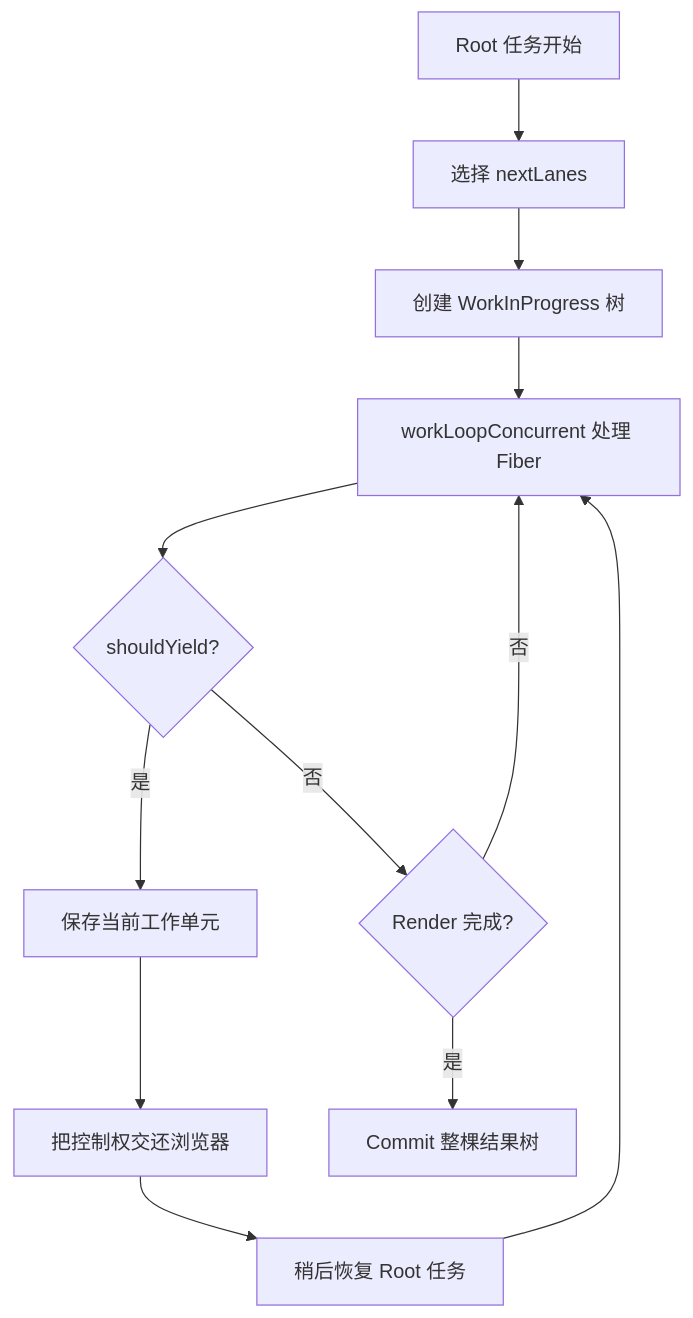
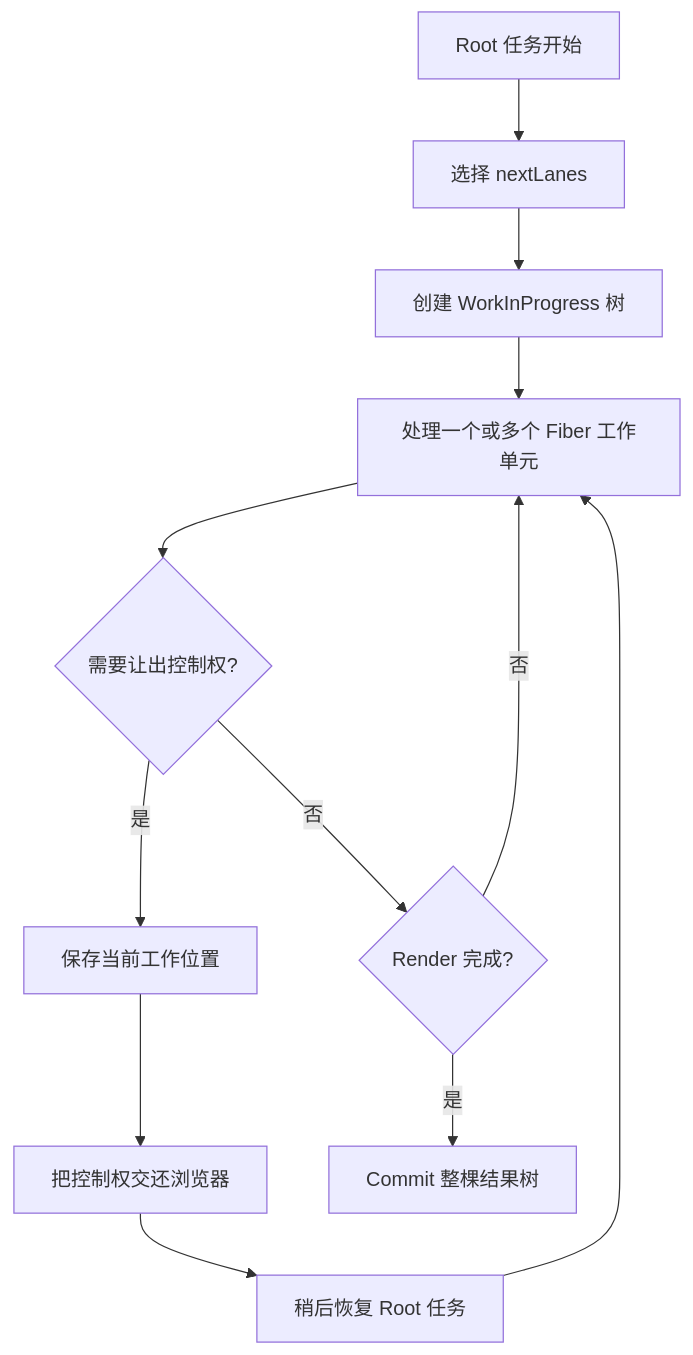
Before and after one commit to thosewhoyoulove/diving-in-react: the diagram in docs/chapters/08-interruptible-render.md, drawn with Mermaid. The commit also changed other lines of this file and 5 other files, not shown here.

Commit message:
docs: clarify React source reading flows

````diff
--- a/docs/chapters/08-interruptible-render.md
+++ b/docs/chapters/08-interruptible-render.md
@@ -971,14 +1042,14 @@
 ```mermaid
 flowchart TD
   A[Root 任务开始] --> B[选择 nextLanes]
   B --> C[创建 WorkInProgress 树]
-  C --> D[workLoopConcurrent 处理 Fiber]
-  D --> E{shouldYield?}
-  E -->|是| F[保存当前工作单元]
+  C --> D[处理一个或多个 Fiber 工作单元]
+  D --> E{需要让出控制权?}
+  E -->|是| F[保存当前工作位置]
   F --> G[把控制权交还浏览器]
   G --> H[稍后恢复 Root 任务]
   H --> D
   E -->|否| I{Render 完成?}
   I -->|否| D
   I -->|是| J[Commit 整棵结果树]
 ```
````
